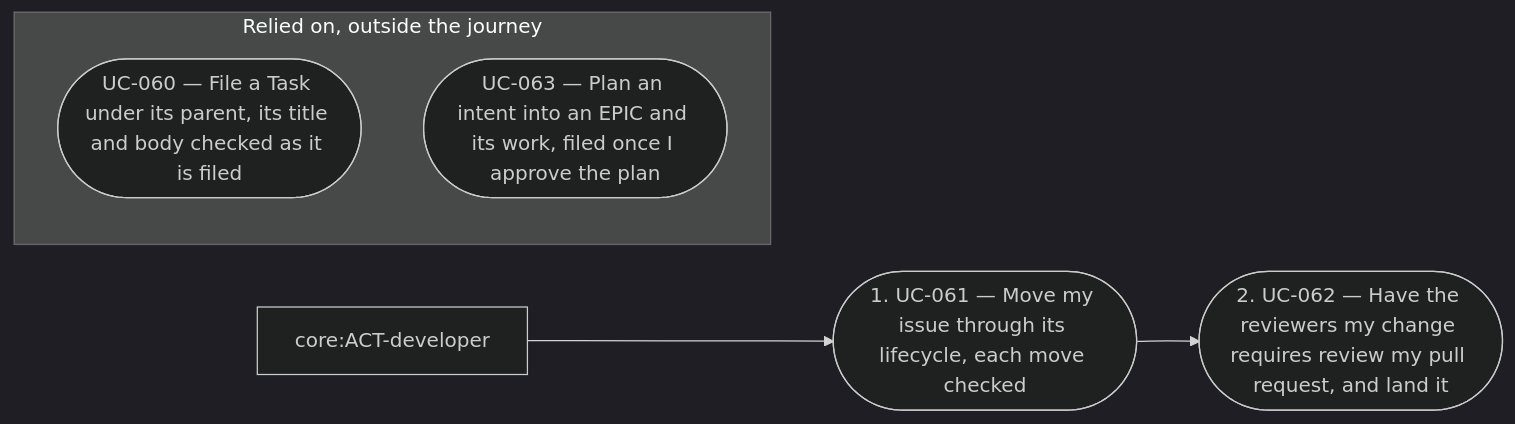
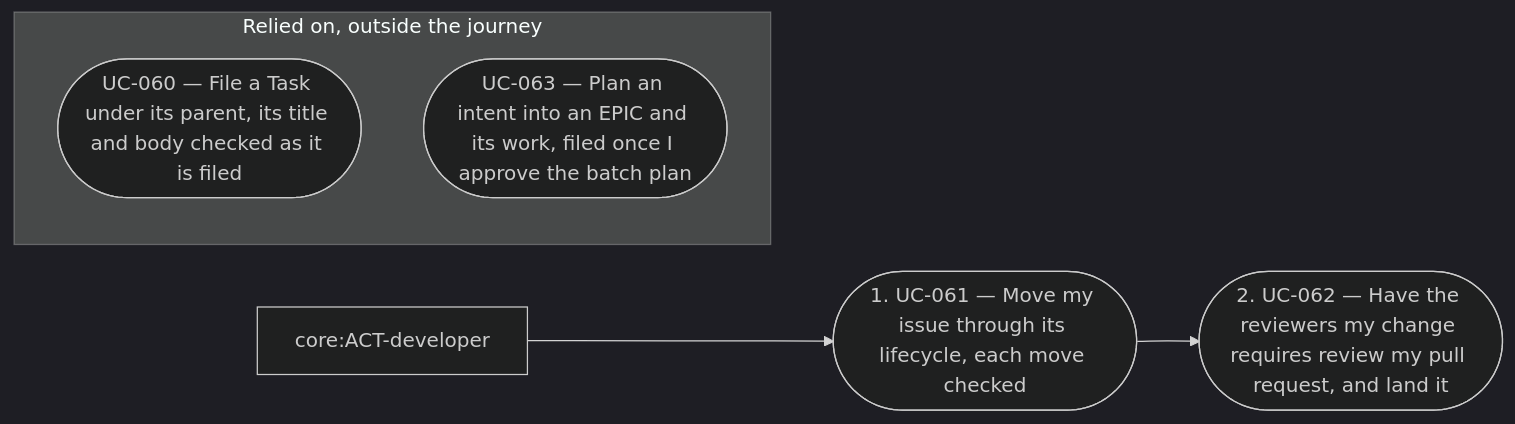
One commit to aleskalfas/project-kit changed the second of 3 diagrams in tech-docs/analysis/project-management/overview/README.md. Above: the diagram before and after it, drawn with Mermaid (dark theme). The commit also changed other lines of this file and 29 other files, not shown here.

````diff
--- a/tech-docs/analysis/project-management/overview/README.md
+++ b/tech-docs/analysis/project-management/overview/README.md
@@ -182,14 +183,14 @@
 ```mermaid
 flowchart LR
   accTitle: JRN-012 — Take up my Task, and land its change
   accDescr: The flow of JRN-012: core:ACT-developer takes 2 steps in order, UC-061, UC-062. It relies on 2 use cases outside the journey, drawn apart with no arrow.
   core_ACT_developer["core:ACT-developer"]
   step_1(["1. UC-061 — Move my issue through its lifecycle, each move checked"])
   step_2(["2. UC-062 — Have the reviewers my change requires review my pull request, and land it"])
   subgraph relies_on["Relied on, outside the journey"]
     UC_060(["UC-060 — File a Task under its parent, its title and body checked as it is filed"])
-    UC_063(["UC-063 — Plan an intent into an EPIC and its work, filed once I approve the plan"])
+    UC_063(["UC-063 — Plan an intent into an EPIC and its work, filed once I approve the batch plan"])
   end
   core_ACT_developer --> step_1
   step_1 --> step_2
 ```
````
